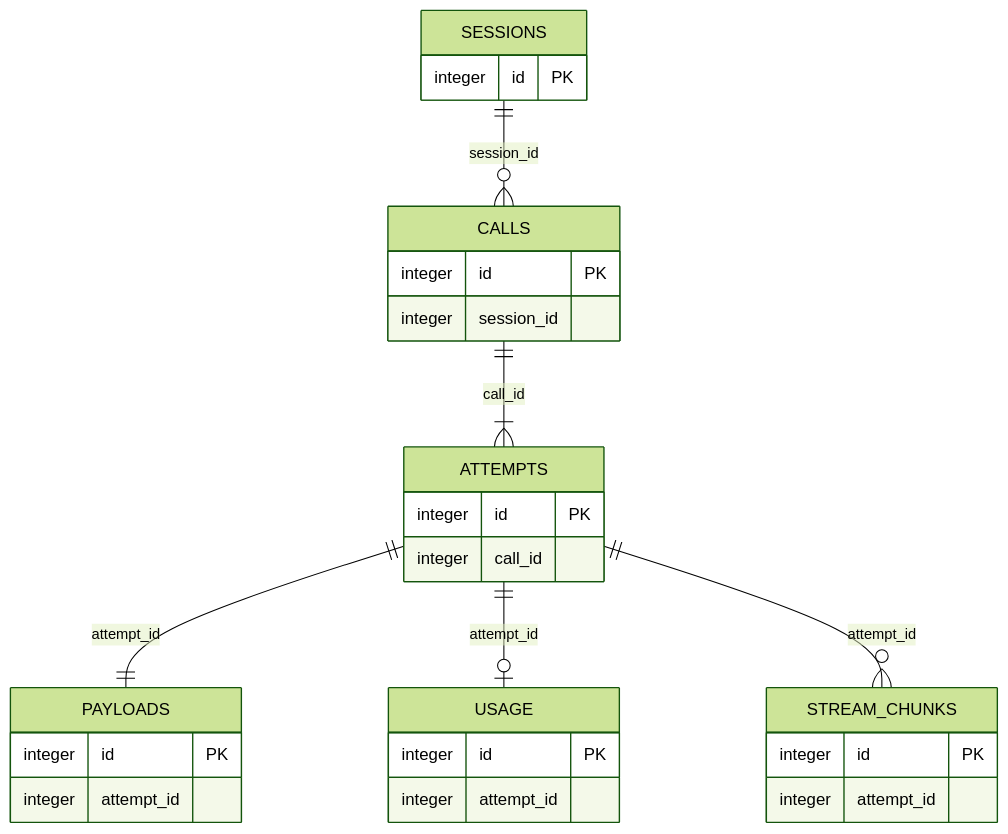
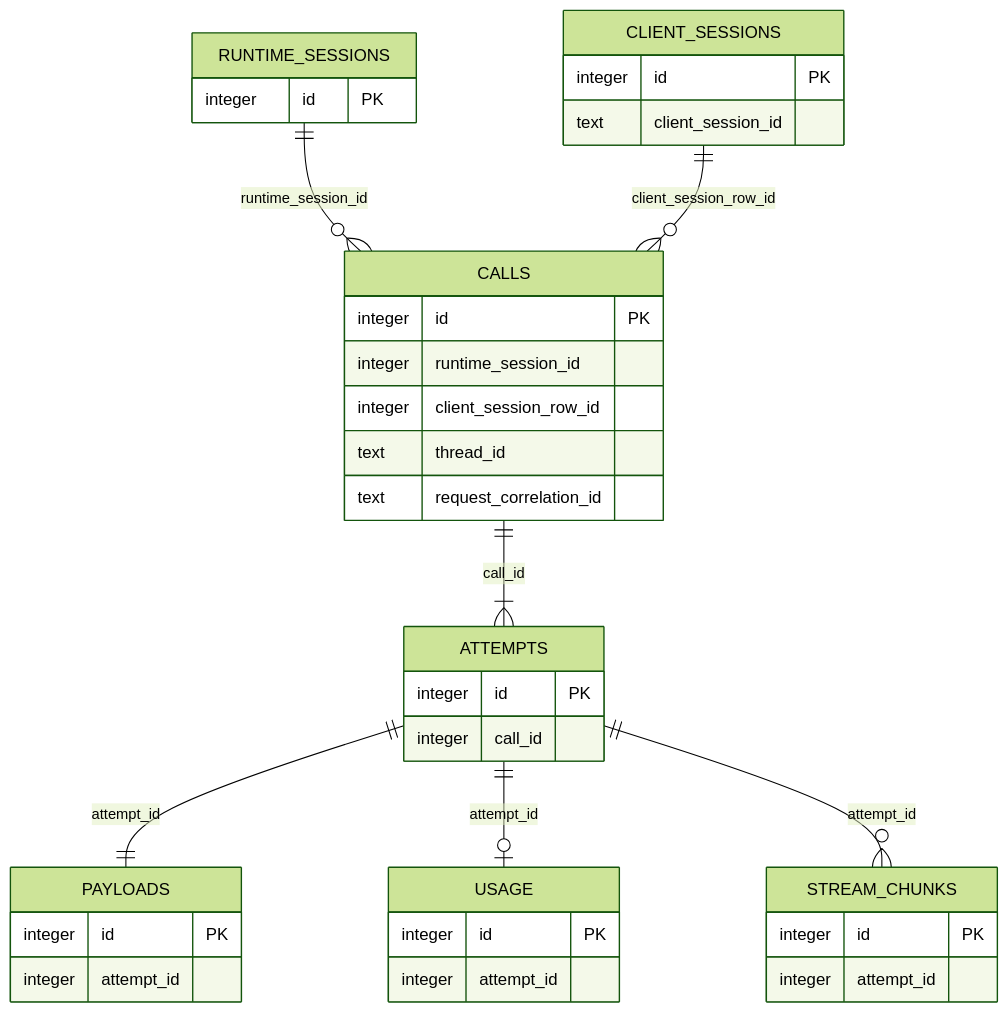
Before and after one commit to SGJki/prompt-harbor: the second of 2 diagrams in docs/SPEC.md, drawn with Mermaid (forest theme). The commit also changed other lines of this file and 40 other files, not shown here.

````diff
--- a/docs/SPEC.md
+++ b/docs/SPEC.md
@@ -152,14 +153,16 @@
 ```mermaid
 erDiagram
-    SESSIONS ||--o{ CALLS : "session_id"
+    RUNTIME_SESSIONS ||--o{ CALLS : "runtime_session_id"
+    CLIENT_SESSIONS ||--o{ CALLS : "client_session_row_id"
     CALLS ||--|{ ATTEMPTS : "call_id"
     ATTEMPTS ||--|| PAYLOADS : "attempt_id"
     ATTEMPTS ||--o| USAGE : "attempt_id"
     ATTEMPTS ||--o{ STREAM_CHUNKS : "attempt_id"
-    SESSIONS { integer id PK }
-    CALLS { integer id PK integer session_id }
+    RUNTIME_SESSIONS { integer id PK }
+    CLIENT_SESSIONS { integer id PK text client_session_id }
+    CALLS { integer id PK integer runtime_session_id integer client_session_row_id text thread_id text request_correlation_id }
     ATTEMPTS { integer id PK integer call_id }
     PAYLOADS { integer id PK integer attempt_id }
     USAGE { integer id PK integer attempt_id }
     STREAM_CHUNKS { integer id PK integer attempt_id }
 ```
````
